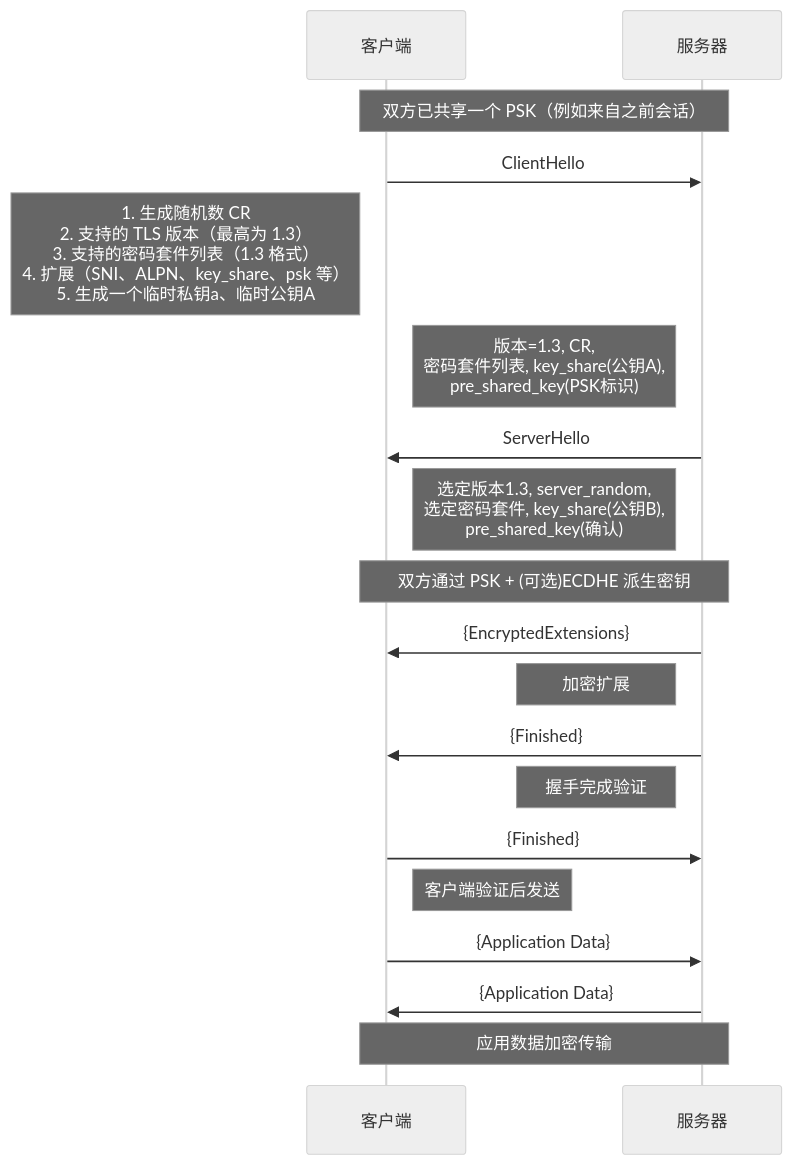
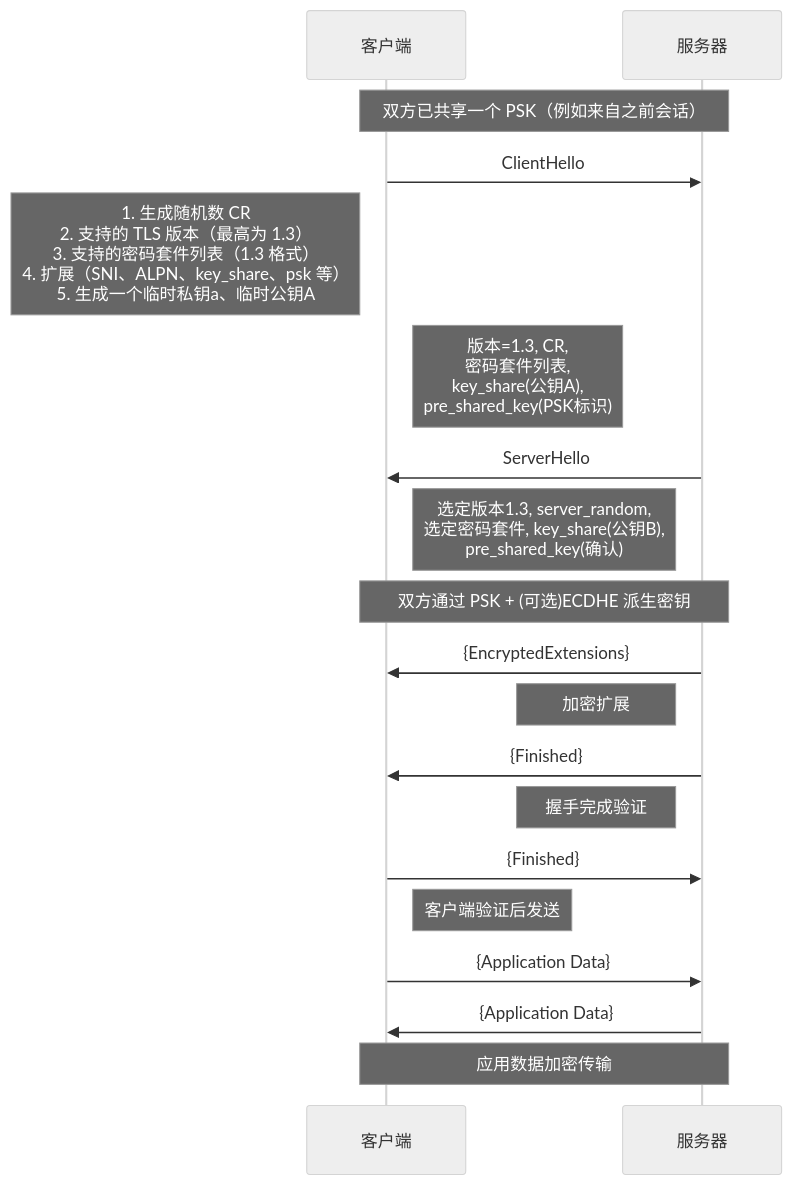
Before and after one commit to HY-10-8/iodraw-files: the diagram in all/TLS-1.3-通用.md, drawn with Mermaid (neutral theme).

Commit message:
2026-03-30 17:55:17 update

````diff
--- a/all/TLS-1.3-通用.md
+++ b/all/TLS-1.3-通用.md
@@ -1,29 +1,29 @@
 ```mermaid
 sequenceDiagram
     participant C as 客户端
     participant S as 服务器
 
     Note over C,S: 双方已共享一个 PSK（例如来自之前会话）
 
     C->>S: ClientHello
     Note left of C: 1. 生成随机数 CR<br/> 2. 支持的 TLS 版本（最高为 1.3）<br/> 3. 支持的密码套件列表（1.3 格式）<br/> 4. 扩展（SNI、ALPN、key_share、psk 等）<br/> 5. 生成一个临时私钥a、临时公钥A
-    Note right of C: 版本=1.3, CR,<br/> 密码套件列表, key_share(公钥A),<br/> pre_shared_key(PSK标识)
+    Note right of C: 版本=1.3, CR,<br/> 密码套件列表,<br/>key_share(公钥A),<br/> pre_shared_key(PSK标识)
 
     S->>C: ServerHello
     Note left of S: 选定版本1.3, server_random,<br/> 选定密码套件, key_share(公钥B),<br/> pre_shared_key(确认)
 
     Note over C,S: 双方通过 PSK + (可选)ECDHE 派生密钥
 
     S->>C: {EncryptedExtensions}
     Note left of S: 加密扩展
 
     S->>C: {Finished}
     Note left of S: 握手完成验证
 
     C->>S: {Finished}
     Note right of C: 客户端验证后发送
 
     C->>S: {Application Data}
     S->>C: {Application Data}
     Note over C,S: 应用数据加密传输
 ```
````
